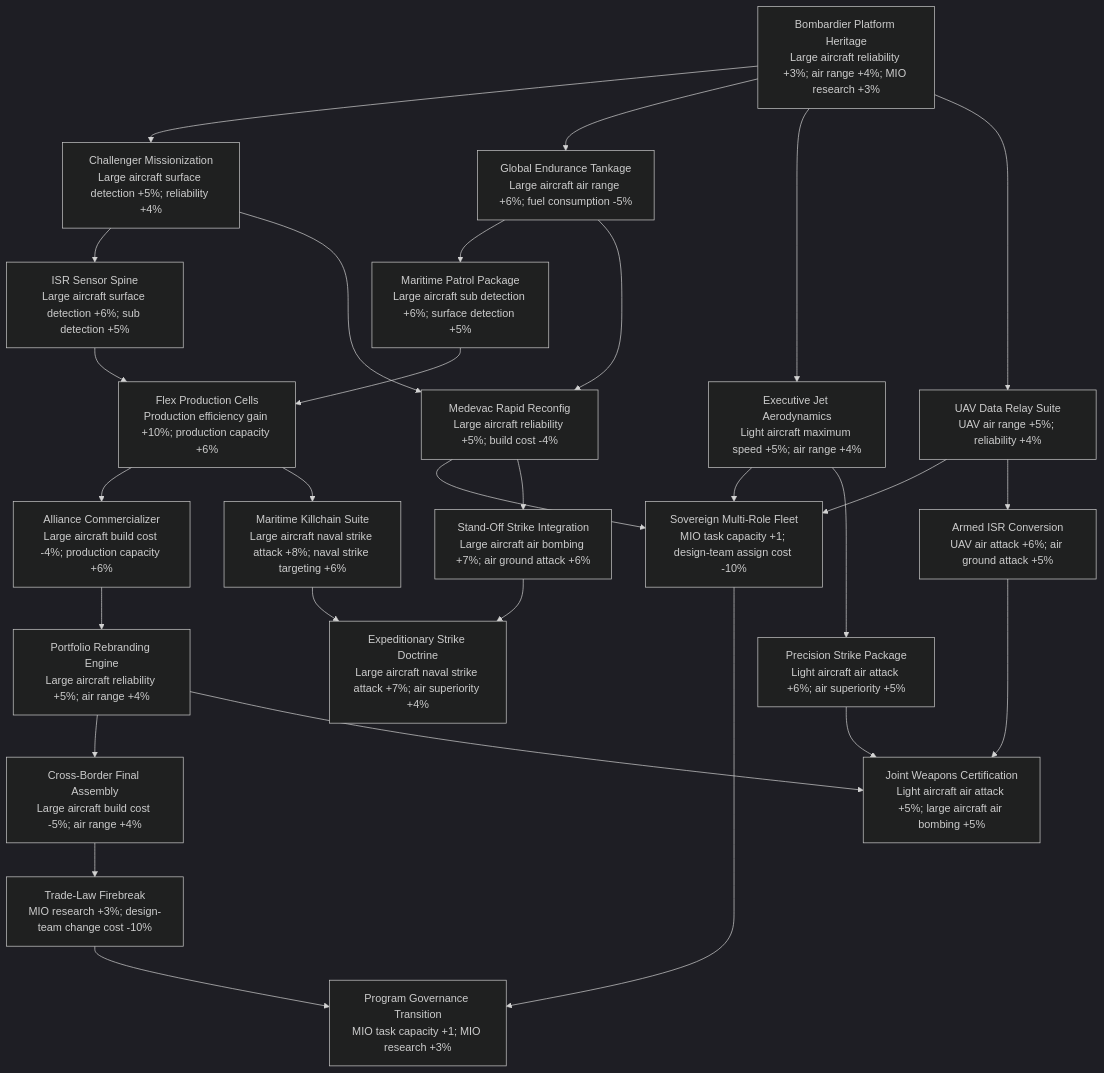
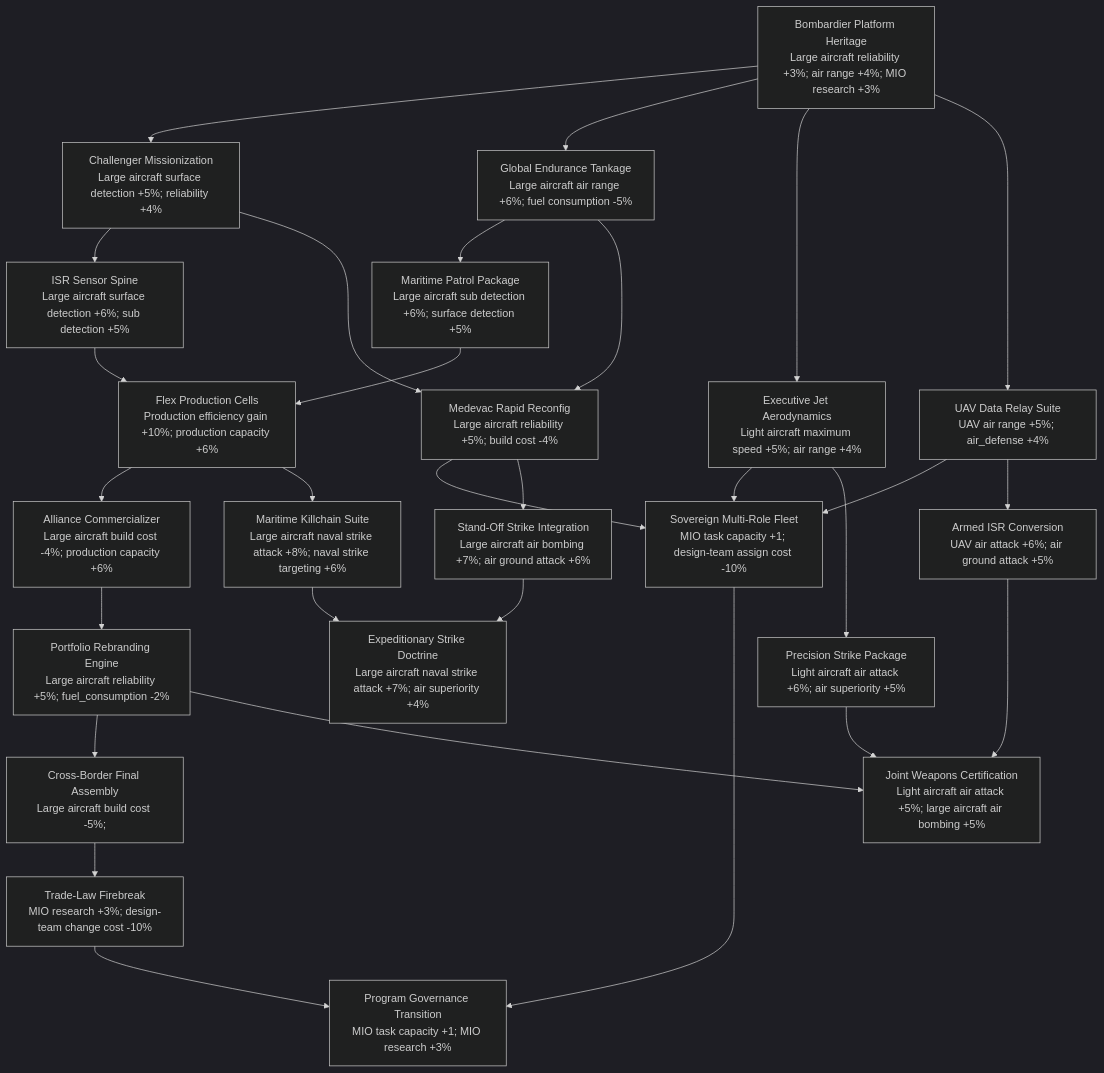
Before and after one commit to MillenniumDawn/Millennium-Dawn: the second of 9 diagrams in docs/countries/canada/mio.md, drawn with Mermaid (dark theme). The commit also changed other lines of this file and 12 other files, not shown here.

````diff
--- a/docs/countries/canada/mio.md
+++ b/docs/countries/canada/mio.md
@@ -81,53 +81,53 @@
 ```mermaid
 flowchart TD
     B0["Bombardier Platform Heritage<br/>Large aircraft reliability +3%; air range +4%; MIO research +3%"]
     B1["Challenger Missionization<br/>Large aircraft surface detection +5%; reliability +4%"]
     B2["Global Endurance Tankage<br/>Large aircraft air range +6%; fuel consumption -5%"]
     B3["ISR Sensor Spine<br/>Large aircraft surface detection +6%; sub detection +5%"]
     B4["Maritime Patrol Package<br/>Large aircraft sub detection +6%; surface detection +5%"]
     B5["Medevac Rapid Reconfig<br/>Large aircraft reliability +5%; build cost -4%"]
     B6["Flex Production Cells<br/>Production efficiency gain +10%; production capacity +6%"]
     B7["Executive Jet Aerodynamics<br/>Light aircraft maximum speed +5%; air range +4%"]
-    B8["UAV Data Relay Suite<br/>UAV air range +5%; reliability +4%"]
+    B8["UAV Data Relay Suite<br/>UAV air range +5%; air_defense +4%"]
     B9["Sovereign Multi-Role Fleet<br/>MIO task capacity +1; design-team assign cost -10%"]
     B10["Alliance Commercializer<br/>Large aircraft build cost -4%; production capacity +6%"]
-    B11["Portfolio Rebranding Engine<br/>Large aircraft reliability +5%; air range +4%"]
-    B12["Cross-Border Final Assembly<br/>Large aircraft build cost -5%; air range +4%"]
+    B11["Portfolio Rebranding Engine<br/>Large aircraft reliability +5%; fuel_consumption -2%"]
+    B12["Cross-Border Final Assembly<br/>Large aircraft build cost -5%;"]
     B13["Trade-Law Firebreak<br/>MIO research +3%; design-team change cost -10%"]
     B14["Program Governance Transition<br/>MIO task capacity +1; MIO research +3%"]
     B15["Precision Strike Package<br/>Light aircraft air attack +6%; air superiority +5%"]
     B16["Maritime Killchain Suite<br/>Large aircraft naval strike attack +8%; naval strike targeting +6%"]
     B17["Stand-Off Strike Integration<br/>Large aircraft air bombing +7%; air ground attack +6%"]
     B18["Armed ISR Conversion<br/>UAV air attack +6%; air ground attack +5%"]
     B19["Joint Weapons Certification<br/>Light aircraft air attack +5%; large aircraft air bombing +5%"]
     B20["Expeditionary Strike Doctrine<br/>Large aircraft naval strike attack +7%; air superiority +4%"]
 
     B0 --> B1
     B0 --> B2
     B0 --> B7
     B0 --> B8
     B1 --> B3
     B2 --> B4
     B1 --> B5
     B2 --> B5
     B3 --> B6
     B4 --> B6
     B7 --> B9
     B7 --> B15
     B8 --> B9
     B8 --> B18
     B5 --> B9
     B5 --> B17
     B6 --> B10
     B6 --> B16
     B10 --> B11
     B11 --> B12
     B11 --> B19
     B12 --> B13
     B15 --> B19
     B18 --> B19
     B16 --> B20
     B17 --> B20
     B9 --> B14
     B13 --> B14
 ```
````
